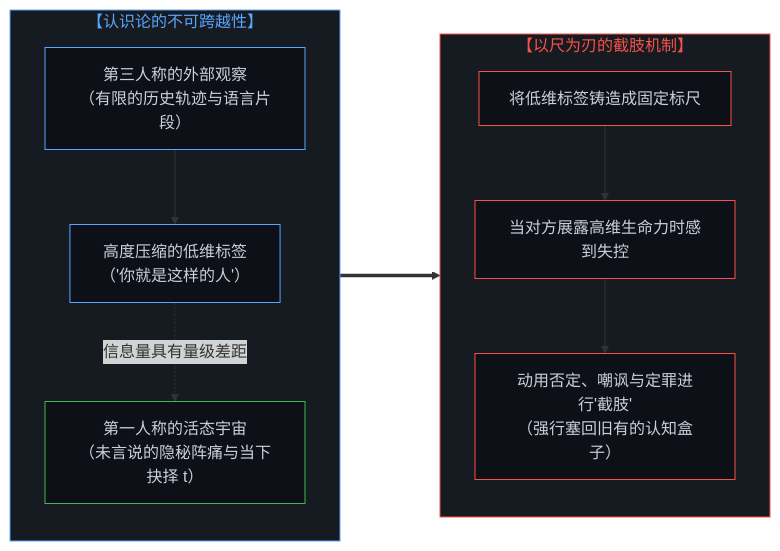
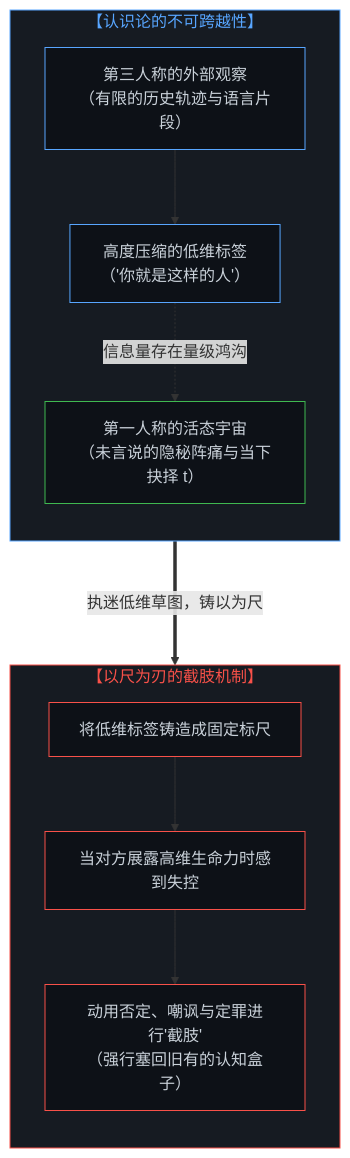
The second of 4 diagrams in content/posts/the-illusion-of-knowing-and-the-geometry-of-amputation.md (powerpig99/not-a-toe), drawn with Mermaid before and after one commit. The commit also changed other lines of this file and 1 other file, not shown here.

Commit message:
Convert all Mermaid diagrams to strictly vertical mobile-friendly top-down flow

````diff
--- a/content/posts/the-illusion-of-knowing-and-the-geometry-of-amputation.md
+++ b/content/posts/the-illusion-of-knowing-and-the-geometry-of-amputation.md
@@ -82,30 +82,30 @@
 ```mermaid
-graph LR
+graph TD
     subgraph S_Epistemic_Gap["【认识论的不可跨越性】"]
         direction TB
         E1["第三人称的外部观察<br>（有限的历史轨迹与语言片段）"]
         E2["高度压缩的低维标签<br>（'你就是这样的人'）"]
         E3["第一人称的活态宇宙<br>（未言说的隐秘阵痛与当下抉择 t）"]
         E1 --> E2
-        E2 -.->|"信息量具有量级差距"| E3
+        E2 -.->|"信息量存在量级鸿沟"| E3
     end
 
     subgraph S_Amputation["【以尺为刃的截肢机制】"]
         direction TB
         A1["将低维标签铸造成固定标尺"]
         A2["当对方展露高维生命力时感到失控"]
         A3["动用否定、嘲讽与定罪进行'截肢'<br>（强行塞回旧有的认知盒子）"]
         A1 --> A2 --> A3
     end
 
-    E2 ===> A1
+    E2 ===>|"执迷低维草图，铸以为尺"| A1
 
     style S_Epistemic_Gap fill:#161b22,stroke:#58a6ff,stroke-width:1px,color:#58a6ff
     style S_Amputation fill:#161b22,stroke:#f85149,stroke-width:1px,color:#f85149
     style E1 fill:#0d1117,stroke:#58a6ff,stroke-width:1px,color:#c9d1d9
     style E2 fill:#0d1117,stroke:#58a6ff,stroke-width:1px,color:#c9d1d9
     style E3 fill:#0d1117,stroke:#3fb950,stroke-width:1px,color:#c9d1d9
     style A1 fill:#0d1117,stroke:#f85149,stroke-width:1px,color:#c9d1d9
     style A2 fill:#0d1117,stroke:#f85149,stroke-width:1px,color:#c9d1d9
     style A3 fill:#0d1117,stroke:#f85149,stroke-width:1px,color:#c9d1d9
 ```
````
